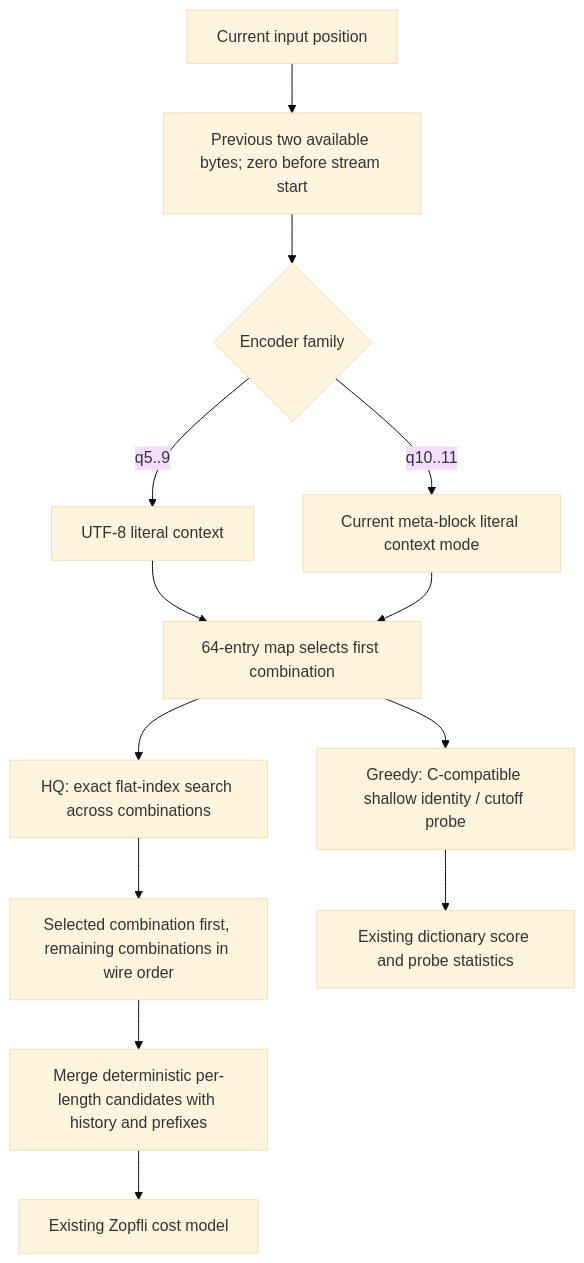
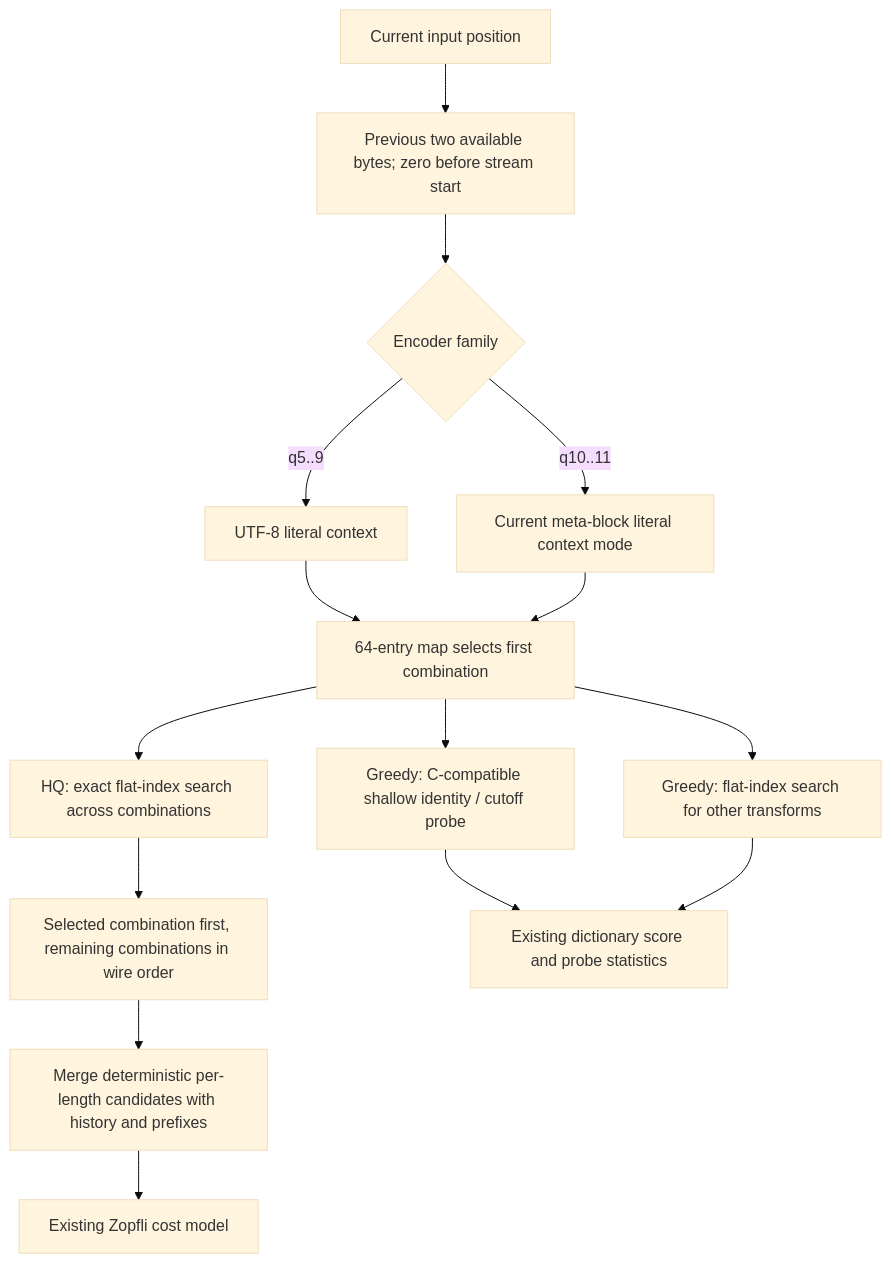
One commit to Mnwa/mbrotli changed the second of 3 diagrams in architecture/rfc9841-encoding.md. Above: the diagram before and after it, drawn with Mermaid (base theme). The commit also changed other lines of this file and 19 other files, not shown here.

Commit message:
- Directories now include repeated metadata. - Preparation enforces peak-memory budgets. - q5–q9 search extended dictionary transforms. - Framing supports compressed metadata and selected repeated fields.

````diff
--- a/architecture/rfc9841-encoding.md
+++ b/architecture/rfc9841-encoding.md
@@ -55,15 +60,17 @@
 ```mermaid
 flowchart TD
     position[Current input position] --> context[Previous two available bytes; zero before stream start]
     context --> mode{Encoder family}
     mode -->|q5..9| utf8[UTF-8 literal context]
     mode -->|q10..11| hqmode[Current meta-block literal context mode]
     utf8 --> selected[64-entry map selects first combination]
     hqmode --> selected
     selected --> shallow[Greedy: C-compatible shallow identity / cutoff probe]
+    selected --> extended[Greedy: flat-index search for other transforms]
     selected --> full[HQ: exact flat-index search across combinations]
     full --> address[Selected combination first, remaining combinations in wire order]
     address --> merge[Merge deterministic per-length candidates with history and prefixes]
     shallow --> score[Existing dictionary score and probe statistics]
+    extended --> score
     merge --> zopfli[Existing Zopfli cost model]
 ```
````
